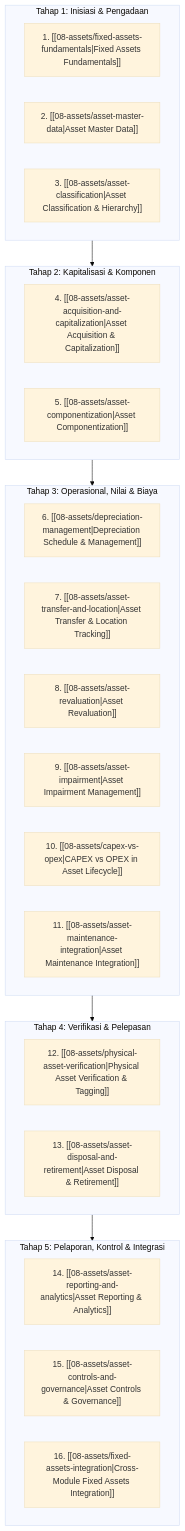
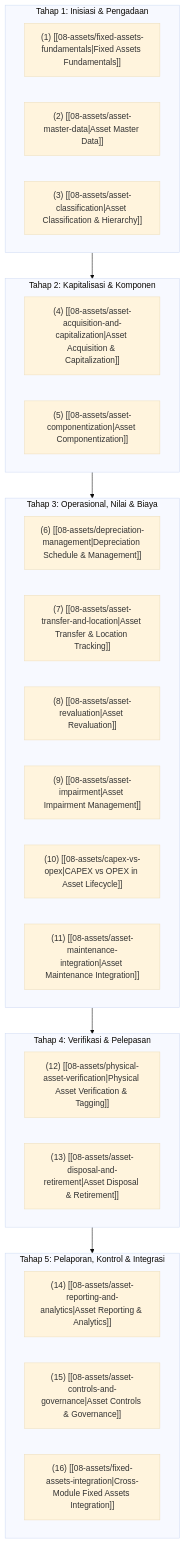
One commit to alimurrofid/erp-notes changed the diagram in content/08-assets/index.md. Above: the diagram before and after it, drawn with Mermaid (base theme). The commit also changed 132 other files, not shown here.

````diff
--- a/content/08-assets/index.md
+++ b/content/08-assets/index.md
@@ -19,35 +19,35 @@
 ```mermaid
 flowchart TD
     subgraph S1["Tahap 1: Inisiasi & Pengadaan"]
-        N1["1. [[08-assets/fixed-assets-fundamentals|Fixed Assets Fundamentals]]"]
-        N2["2. [[08-assets/asset-master-data|Asset Master Data]]"]
-        N3["3. [[08-assets/asset-classification|Asset Classification & Hierarchy]]"]
+        N1["(1) [[08-assets/fixed-assets-fundamentals|Fixed Assets Fundamentals]]"]
+        N2["(2) [[08-assets/asset-master-data|Asset Master Data]]"]
+        N3["(3) [[08-assets/asset-classification|Asset Classification & Hierarchy]]"]
     end
 
     subgraph S2["Tahap 2: Kapitalisasi & Komponen"]
-        N4["4. [[08-assets/asset-acquisition-and-capitalization|Asset Acquisition & Capitalization]]"]
-        N5["5. [[08-assets/asset-componentization|Asset Componentization]]"]
+        N4["(4) [[08-assets/asset-acquisition-and-capitalization|Asset Acquisition & Capitalization]]"]
+        N5["(5) [[08-assets/asset-componentization|Asset Componentization]]"]
     end
 
     subgraph S3["Tahap 3: Operasional, Nilai & Biaya"]
-        N6["6. [[08-assets/depreciation-management|Depreciation Schedule & Management]]"]
-        N7["7. [[08-assets/asset-transfer-and-location|Asset Transfer & Location Tracking]]"]
-        N8["8. [[08-assets/asset-revaluation|Asset Revaluation]]"]
-        N9["9. [[08-assets/asset-impairment|Asset Impairment Management]]"]
-        N10["10. [[08-assets/capex-vs-opex|CAPEX vs OPEX in Asset Lifecycle]]"]
-        N11["11. [[08-assets/asset-maintenance-integration|Asset Maintenance Integration]]"]
+        N6["(6) [[08-assets/depreciation-management|Depreciation Schedule & Management]]"]
+        N7["(7) [[08-assets/asset-transfer-and-location|Asset Transfer & Location Tracking]]"]
+        N8["(8) [[08-assets/asset-revaluation|Asset Revaluation]]"]
+        N9["(9) [[08-assets/asset-impairment|Asset Impairment Management]]"]
+        N10["(10) [[08-assets/capex-vs-opex|CAPEX vs OPEX in Asset Lifecycle]]"]
+        N11["(11) [[08-assets/asset-maintenance-integration|Asset Maintenance Integration]]"]
     end
 
     subgraph S4["Tahap 4: Verifikasi & Pelepasan"]
-        N12["12. [[08-assets/physical-asset-verification|Physical Asset Verification & Tagging]]"]
-        N13["13. [[08-assets/asset-disposal-and-retirement|Asset Disposal & Retirement]]"]
+        N12["(12) [[08-assets/physical-asset-verification|Physical Asset Verification & Tagging]]"]
+        N13["(13) [[08-assets/asset-disposal-and-retirement|Asset Disposal & Retirement]]"]
     end
 
     subgraph S5["Tahap 5: Pelaporan, Kontrol & Integrasi"]
-        N14["14. [[08-assets/asset-reporting-and-analytics|Asset Reporting & Analytics]]"]
-        N15["15. [[08-assets/asset-controls-and-governance|Asset Controls & Governance]]"]
-        N16["16. [[08-assets/fixed-assets-integration|Cross-Module Fixed Assets Integration]]"]
+        N14["(14) [[08-assets/asset-reporting-and-analytics|Asset Reporting & Analytics]]"]
+        N15["(15) [[08-assets/asset-controls-and-governance|Asset Controls & Governance]]"]
+        N16["(16) [[08-assets/fixed-assets-integration|Cross-Module Fixed Assets Integration]]"]
     end
 
     S1 --> S2 --> S3 --> S4 --> S5
 ```
````
